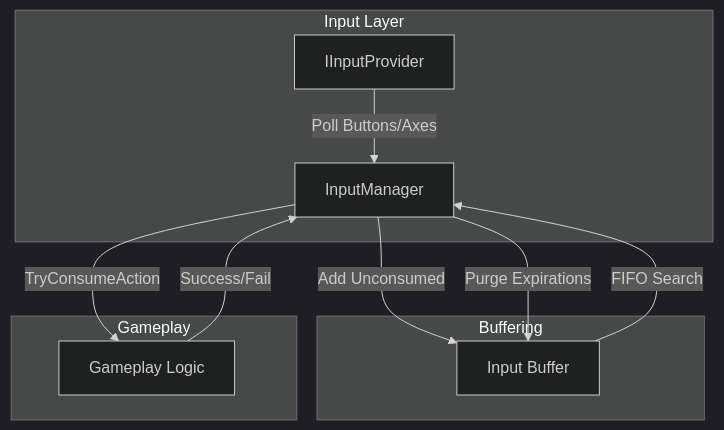
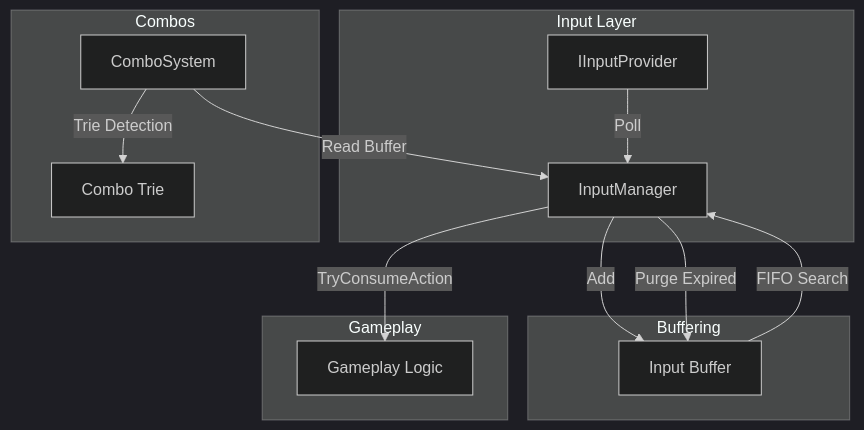
Before and after one commit to eraflo/Catalyst: the first of 4 diagrams in Documentation~/Modules/InputSystem.md, drawn with Mermaid (dark theme). The commit also changed other lines of this file, not shown here.

Commit message:
doc: update input system doc

````diff
--- a/Documentation~/Modules/InputSystem.md
+++ b/Documentation~/Modules/InputSystem.md
@@ -53,17 +113,21 @@
 ```mermaid
 graph TD
-    subgraph "Input Layer"
-        P[IInputProvider] --> |"Poll Buttons/Axes"| IM[InputManager]
+    subgraph Input Layer
+        P[IInputProvider] -->|Poll| IM[InputManager]
     end
 
-    subgraph "Buffering"
-        IM --> |"Add Unconsumed"| B[Input Buffer]
-        B --> |"FIFO Search"| IM
-        IM --> |"Purge Expirations"| B
+    subgraph Buffering
+        IM -->|Add| B[Input Buffer]
+        B -->|FIFO Search| IM
+        IM -->|Purge Expired| B
     end
 
-    subgraph "Gameplay"
-        IM --> |"TryConsumeAction"| GL[Gameplay Logic]
-        GL --> |"Success/Fail"| IM
+    subgraph Gameplay
+        IM -->|TryConsumeAction| GL[Gameplay Logic]
+    end
+    
+    subgraph Combos
+        CS[ComboSystem] -->|Read Buffer| IM
+        CS -->|Trie Detection| T[Combo Trie]
     end
 ```
````
